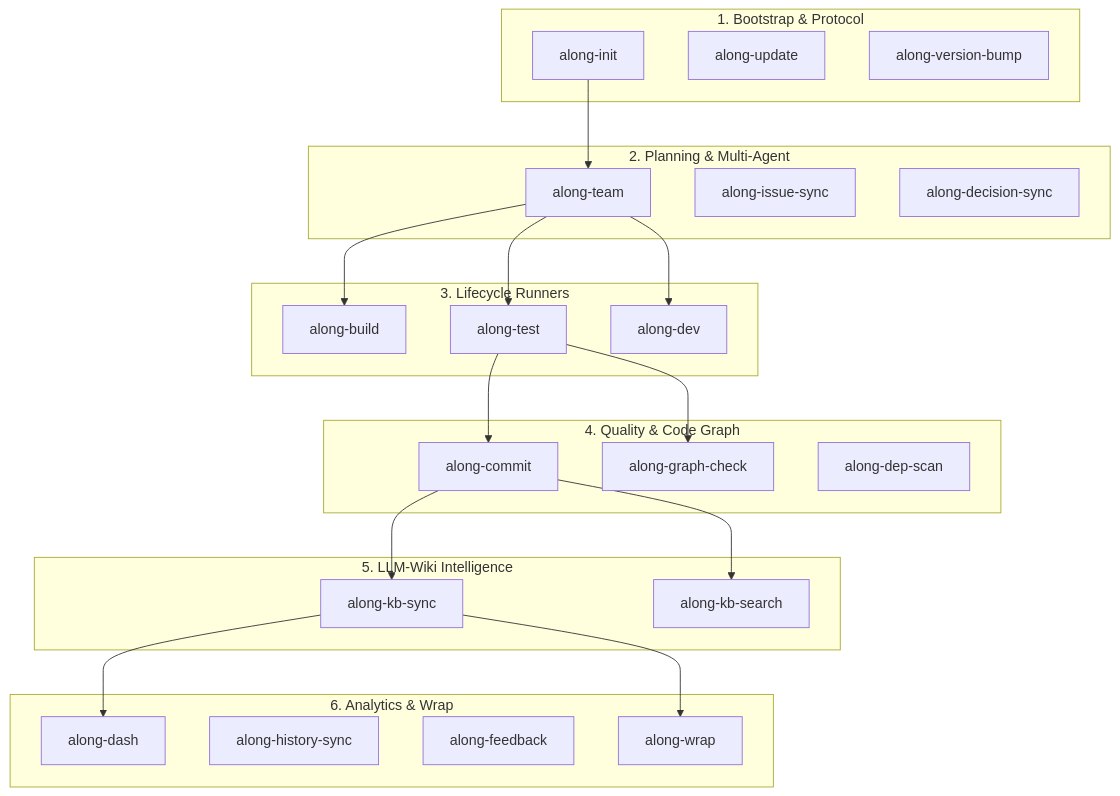
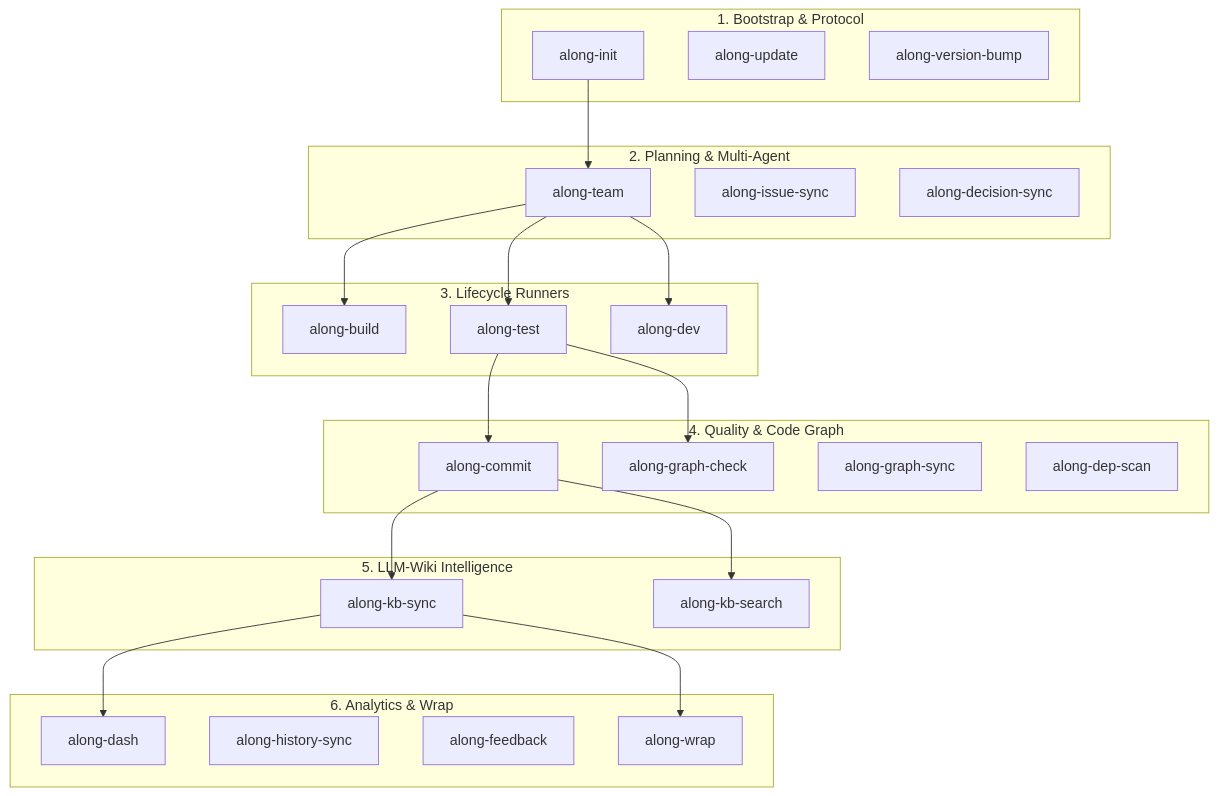
One commit to actdim/along changed the diagram in docs/topic--skills-reference.md. Above: the diagram before and after it, drawn with Mermaid. The commit also changed other lines of this file and 44 other files, not shown here.

````diff
--- a/docs/topic--skills-reference.md
+++ b/docs/topic--skills-reference.md
@@ -28,44 +28,45 @@
 ```mermaid
 flowchart TD
     subgraph Phase1["1. Bootstrap & Protocol"]
         INIT["along-init"]
         UPDATE["along-update"]
         BUMP["along-version-bump"]
     end
 
     subgraph Phase2["2. Planning & Multi-Agent"]
         TEAM["along-team"]
         ISSUE_SYNC["along-issue-sync"]
         DEC_SYNC["along-decision-sync"]
     end
 
     subgraph Phase3["3. Lifecycle Runners"]
         BUILD["along-build"]
         TEST["along-test"]
         DEV["along-dev"]
     end
 
     subgraph Phase4["4. Quality & Code Graph"]
         COMMIT["along-commit"]
         GRAPH["along-graph-check"]
+        GRAPH_SYNC["along-graph-sync"]
         DEP["along-dep-scan"]
     end
 
     subgraph Phase5["5. LLM-Wiki Intelligence"]
         KB_SYNC["along-kb-sync"]
         KB_SEARCH["along-kb-search"]
     end
 
     subgraph Phase6["6. Analytics & Wrap"]
         DASH["along-dash"]
         HIST_SYNC["along-history-sync"]
         FEEDBACK["along-feedback"]
         WRAP["along-wrap"]
     end
 
     INIT --> TEAM
     TEAM --> BUILD & TEST & DEV
     TEST --> GRAPH & COMMIT
     COMMIT --> KB_SYNC & KB_SEARCH
     KB_SYNC --> DASH & WRAP
 ```
````
